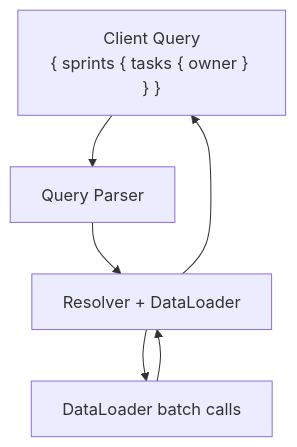
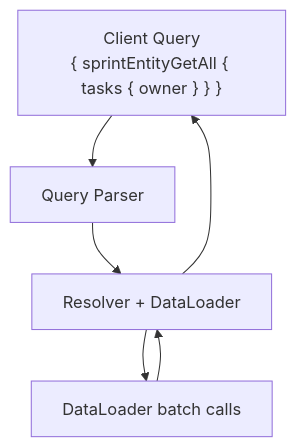
Before and after one commit to allmonday/pydantic-resolve: the second of 2 diagrams in docs/graphql_guide.md, drawn with Mermaid. The commit also changed other lines of this file and 1 other file, not shown here.

Commit message:
feat: update GraphQL guide to clarify operation name generation and adjust example queries

````diff
--- a/docs/graphql_guide.md
+++ b/docs/graphql_guide.md
@@ -305,13 +307,13 @@
 ```mermaid
 flowchart TB
-    Q["Client Query<br/>{ sprints { tasks { owner } } }"]
+    Q["Client Query<br/>{ sprintEntityGetAll { tasks { owner } } }"]
     P["Query Parser"]
     R["Resolver + DataLoader"]
     D["DataLoader batch calls"]
 
     Q --> P
     P --> R
     R --> D
     D --> R
     R --> Q
 ```
````
